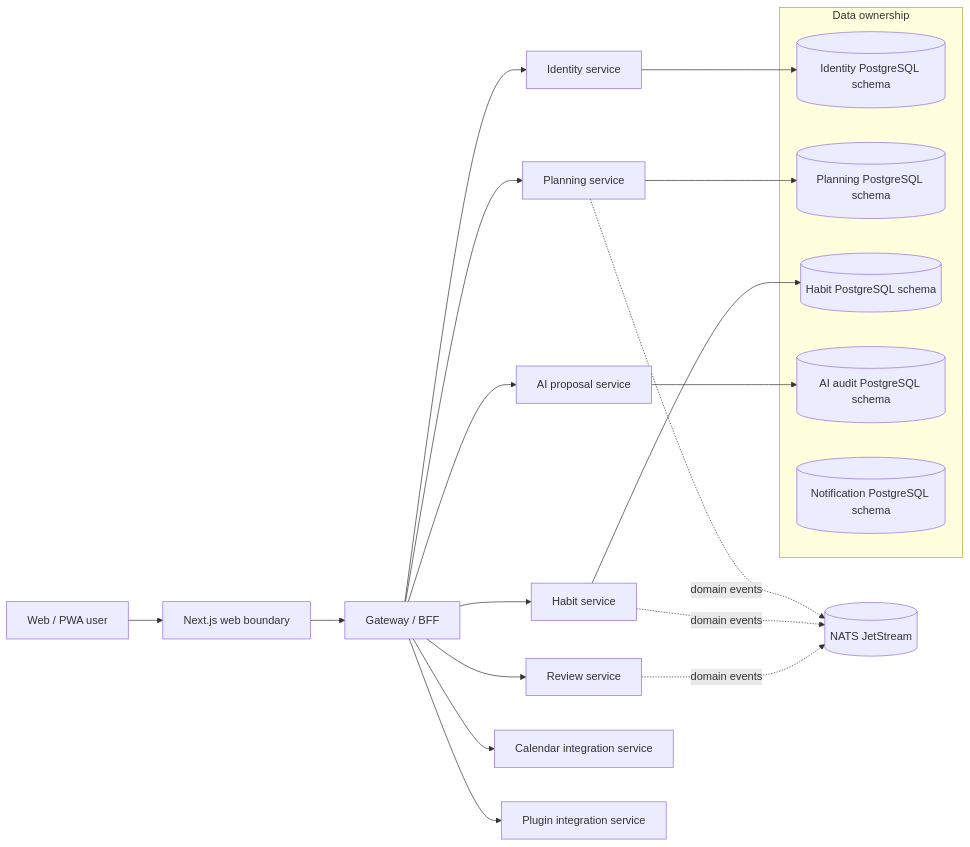
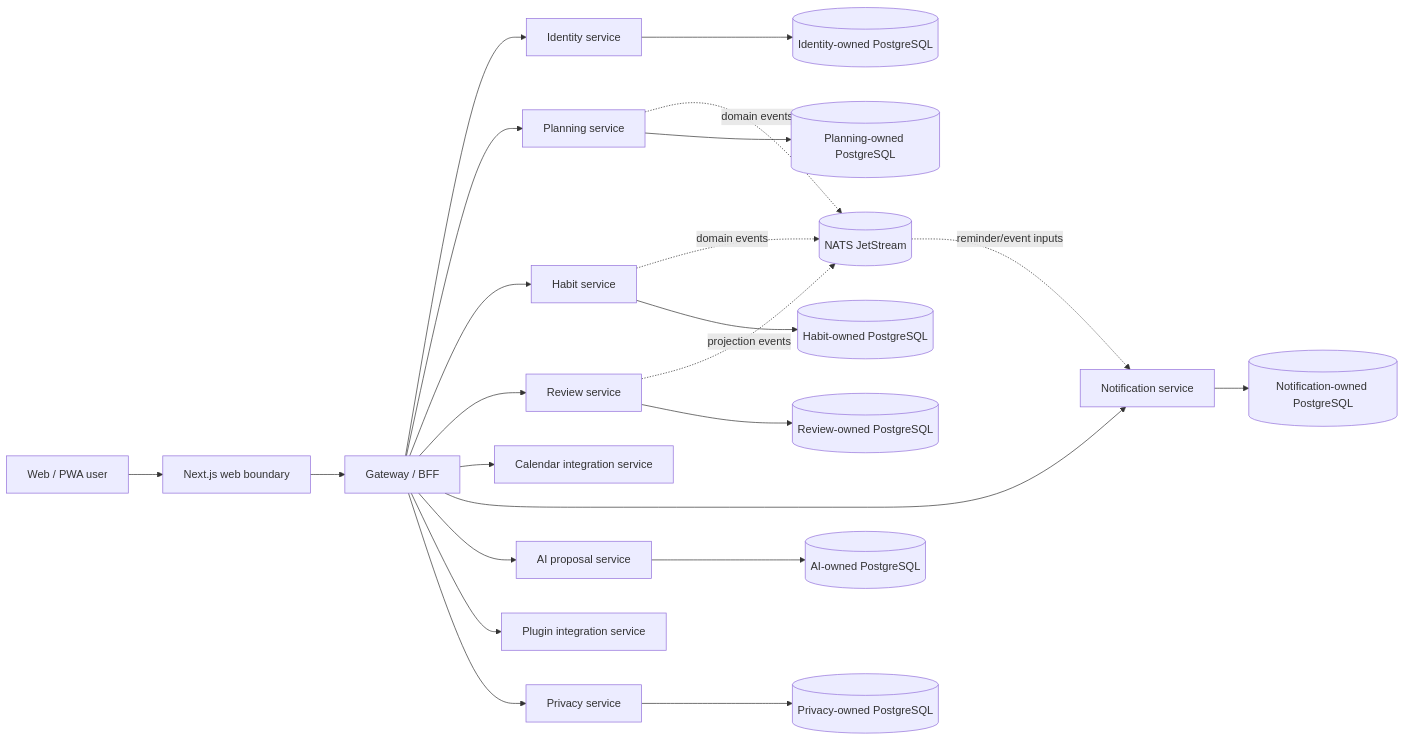
The first of 4 diagrams in ARCHITECTURE.md (ContextualWisdomLab/life-os), drawn with Mermaid before and after one commit. The commit also changed other lines of this file, not shown here.

Commit message:
docs: reconcile root architecture with current product authority

````diff
--- a/ARCHITECTURE.md
+++ b/ARCHITECTURE.md
@@ -9,26 +11,27 @@
 ```mermaid
 flowchart LR
     U[Web / PWA user] --> W[Next.js web boundary]
     W --> G[Gateway / BFF]
     G --> I[Identity service]
     G --> P[Planning service]
     G --> H[Habit service]
     G --> R[Review service]
+    G --> C[Calendar integration service]
+    G --> Q[Notification service]
     G --> A[AI proposal service]
-    G --> C[Calendar integration service]
     G --> X[Plugin integration service]
+    G --> V[Privacy service]
+
     P -. domain events .-> N[(NATS JetStream)]
     H -. domain events .-> N
-    R -. domain events .-> N
-    subgraph Data ownership
-      IDB[(Identity PostgreSQL schema)]
-      PDB[(Planning PostgreSQL schema)]
-      HDB[(Habit PostgreSQL schema)]
-      ADB[(AI audit PostgreSQL schema)]
-      NDB[(Notification PostgreSQL schema)]
-    end
-    I --> IDB
-    P --> PDB
-    H --> HDB
-    A --> ADB
+    R -. projection events .-> N
+    N -. reminder/event inputs .-> Q
+
+    I --> IDB[(Identity-owned PostgreSQL)]
+    P --> PDB[(Planning-owned PostgreSQL)]
+    H --> HDB[(Habit-owned PostgreSQL)]
+    R --> RDB[(Review-owned PostgreSQL)]
+    Q --> NDB[(Notification-owned PostgreSQL)]
+    A --> ADB[(AI-owned PostgreSQL)]
+    V --> VDB[(Privacy-owned PostgreSQL)]
 ```
````
